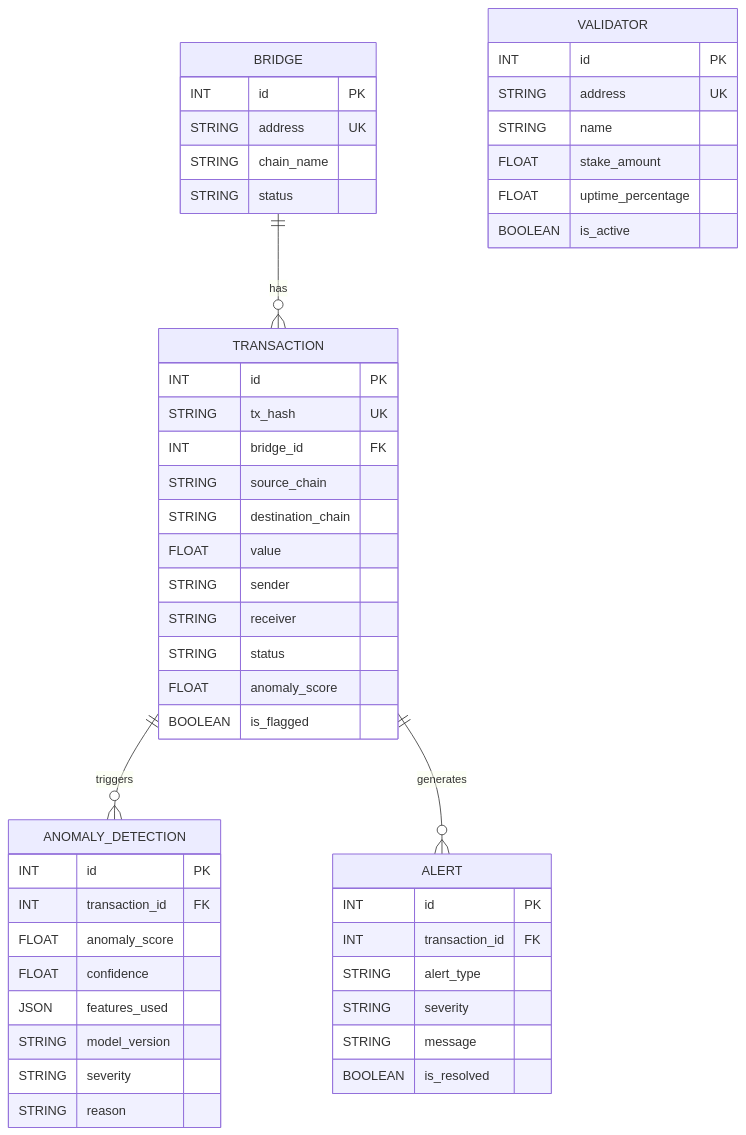
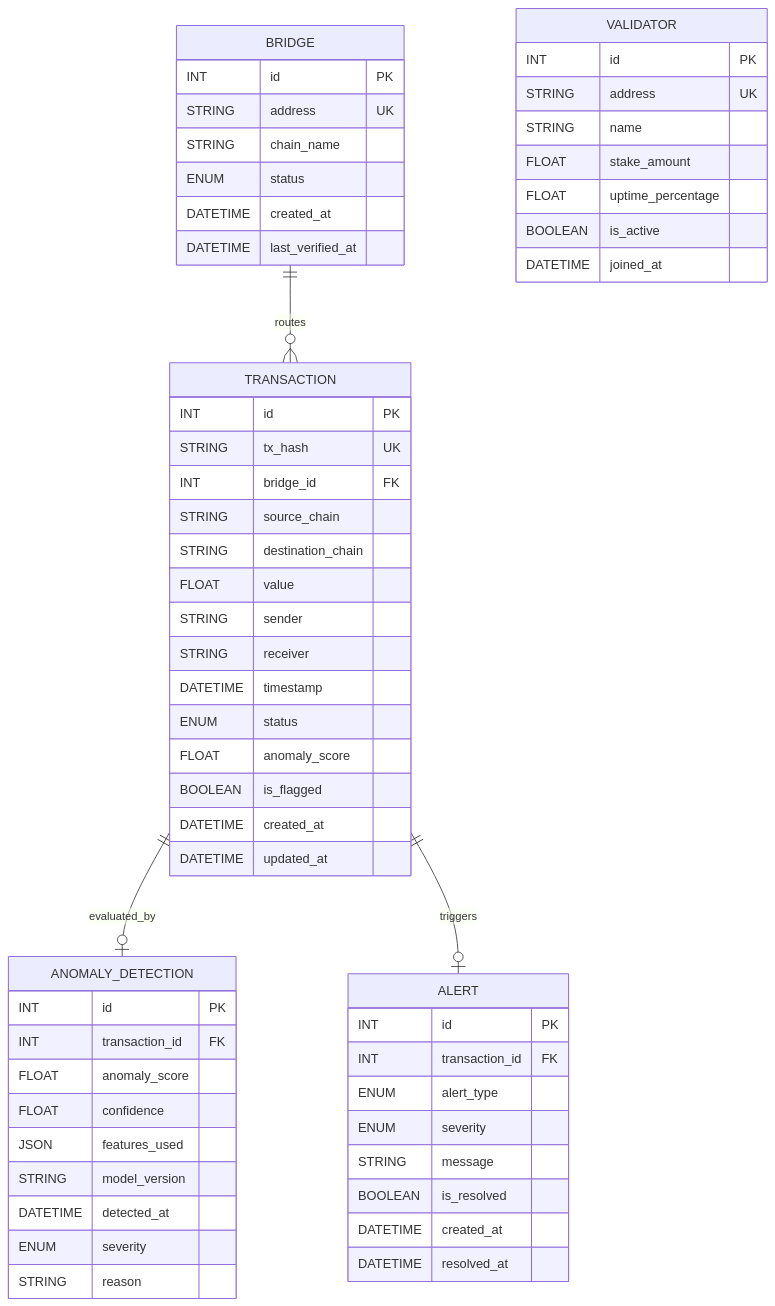
One commit to sheikhrehanseo/ValiGuard-Project-Main changed the seventh of 23 diagrams in ValiGuard_Docs/ValiGuard_AI_Phase_1_Documentation.md. Above: the diagram before and after it, drawn with Mermaid. The commit also changed other lines of this file and 16 other files, not shown here.

````diff
--- a/ValiGuard_Docs/ValiGuard_AI_Phase_1_Documentation.md
+++ b/ValiGuard_Docs/ValiGuard_AI_Phase_1_Documentation.md
@@ -557,57 +557,66 @@
 ```mermaid
 erDiagram
 
     BRIDGE {
         INT id PK
         STRING address UK
         STRING chain_name
-        STRING status
+        ENUM status
+        DATETIME created_at
+        DATETIME last_verified_at
     }
 
     TRANSACTION {
         INT id PK
         STRING tx_hash UK
         INT bridge_id FK
         STRING source_chain
         STRING destination_chain
         FLOAT value
         STRING sender
         STRING receiver
-        STRING status
+        DATETIME timestamp
+        ENUM status
         FLOAT anomaly_score
         BOOLEAN is_flagged
+        DATETIME created_at
+        DATETIME updated_at
     }
 
     ANOMALY_DETECTION {
         INT id PK
         INT transaction_id FK
         FLOAT anomaly_score
         FLOAT confidence
         JSON features_used
         STRING model_version
-        STRING severity
+        DATETIME detected_at
+        ENUM severity
         STRING reason
     }
 
     ALERT {
         INT id PK
         INT transaction_id FK
-        STRING alert_type
-        STRING severity
+        ENUM alert_type
+        ENUM severity
         STRING message
         BOOLEAN is_resolved
+        DATETIME created_at
+        DATETIME resolved_at
     }
 
     VALIDATOR {
         INT id PK
         STRING address UK
         STRING name
         FLOAT stake_amount
         FLOAT uptime_percentage
         BOOLEAN is_active
+        DATETIME joined_at
     }
 
-    BRIDGE ||--o{ TRANSACTION : has
-    TRANSACTION ||--o{ ANOMALY_DETECTION : triggers
-    TRANSACTION ||--o{ ALERT : generates
+    BRIDGE ||--o{ TRANSACTION : "routes"
+    TRANSACTION ||--o| ANOMALY_DETECTION : "evaluated_by"
+    TRANSACTION ||--o| ALERT : "triggers" 
 ```
````
